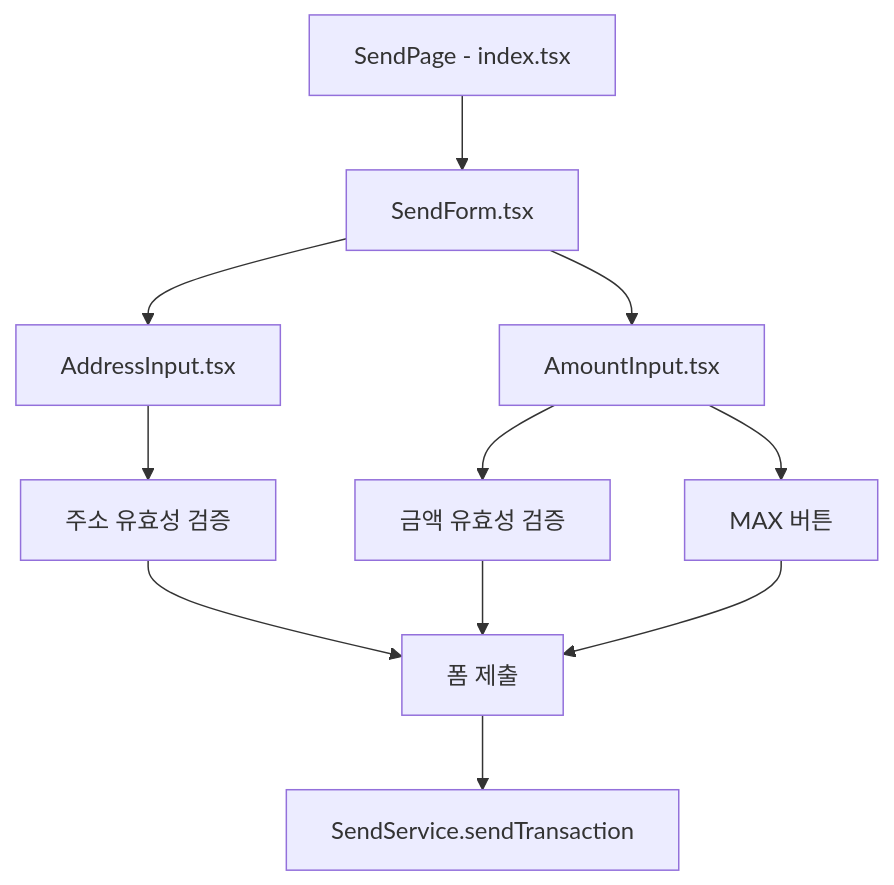
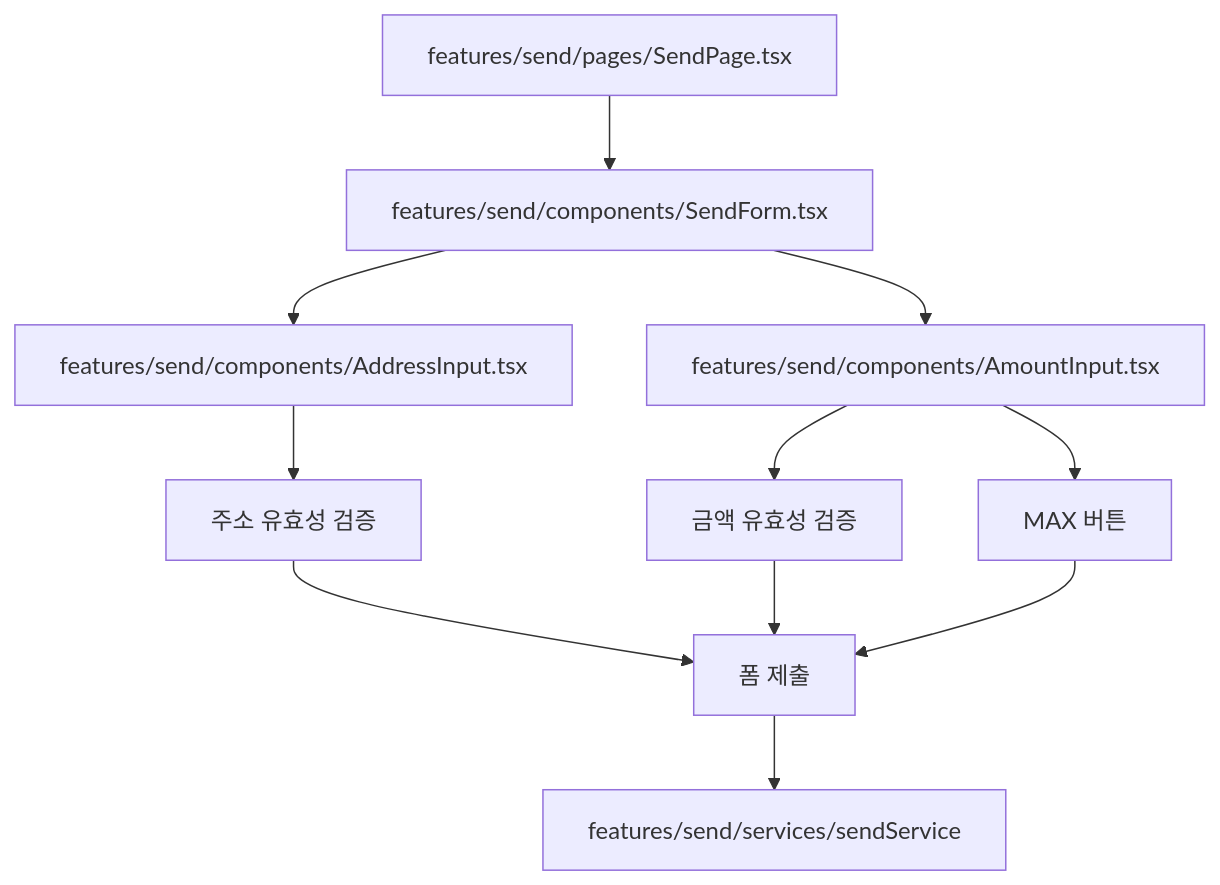
Before and after one commit to HyeonHo-Park/cardano-basic-dapp-1: the second of 6 diagrams in docs/send-sequence.md, drawn with Mermaid. The commit also changed other lines of this file and 6 other files, not shown here.

````diff
--- a/docs/send-sequence.md
+++ b/docs/send-sequence.md
@@ -51,16 +51,16 @@
 ```mermaid
 flowchart TD
-    SendPage[SendPage - index.tsx] --> SendForm[SendForm.tsx]
-    SendForm --> AddressInput[AddressInput.tsx]
-    SendForm --> AmountInput[AmountInput.tsx]
+    SendPage[features/send/pages/SendPage.tsx] --> SendForm[features/send/components/SendForm.tsx]
+    SendForm --> AddressInput[features/send/components/AddressInput.tsx]
+    SendForm --> AmountInput[features/send/components/AmountInput.tsx]
 
     AddressInput --> Validation1[주소 유효성 검증]
     AmountInput --> Validation2[금액 유효성 검증]
     AmountInput --> MaxButton[MAX 버튼]
 
     Validation1 --> FormSubmit[폼 제출]
     Validation2 --> FormSubmit
     MaxButton --> FormSubmit
 
-    FormSubmit --> SendService[SendService.sendTransaction]
+    FormSubmit --> SendService[features/send/services/sendService]
 ```
````
